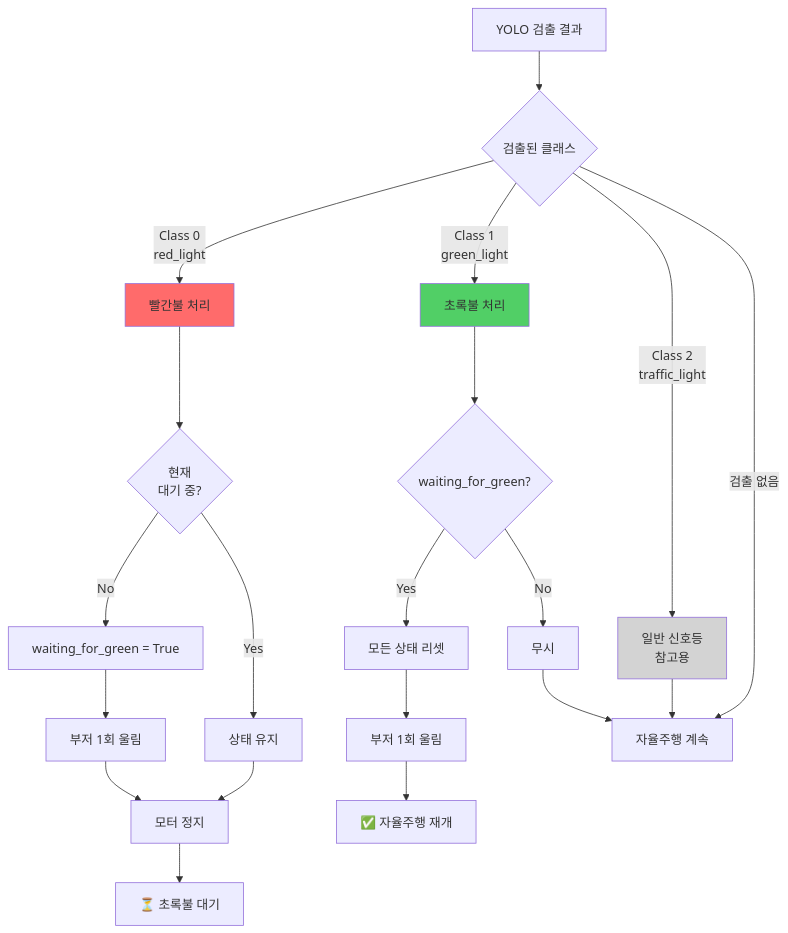
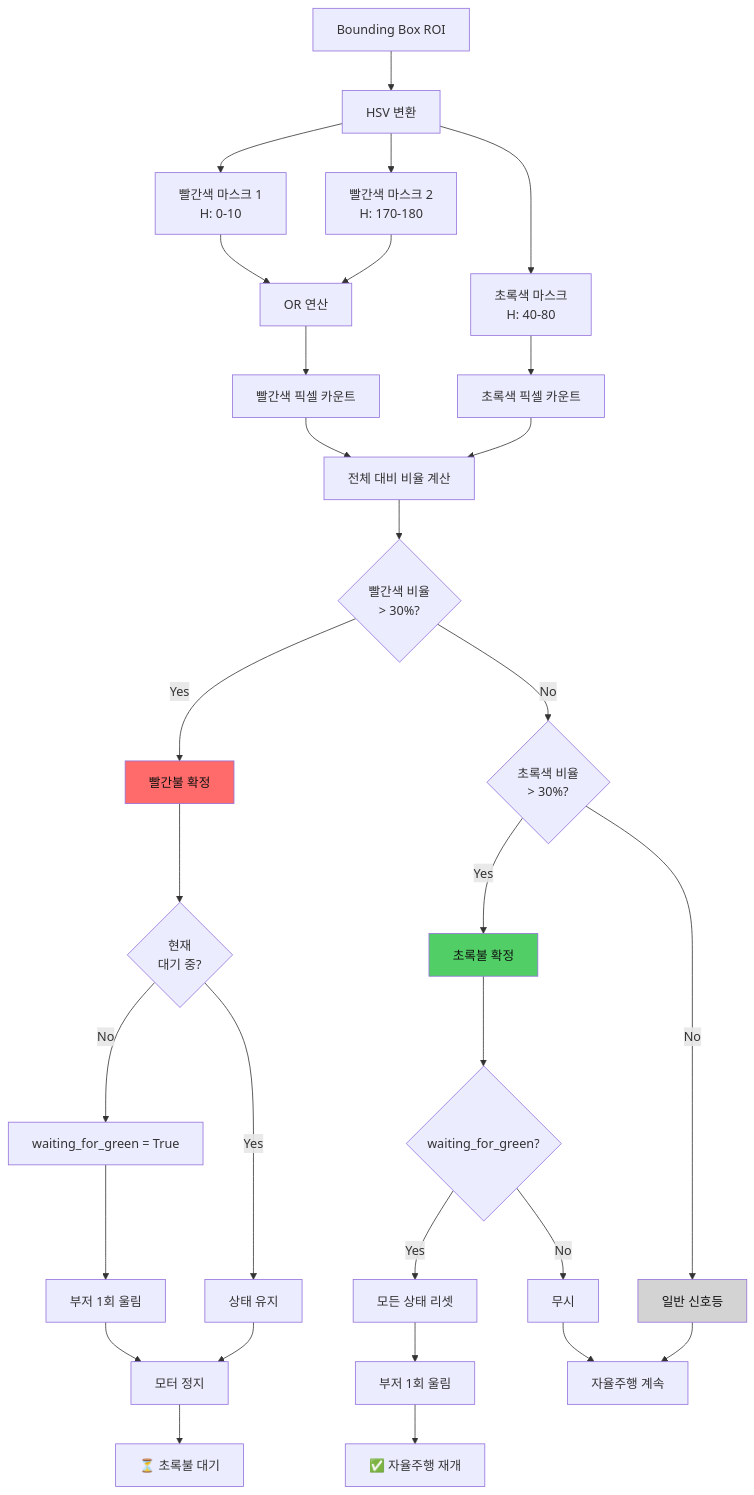
One commit to Collegenie-X/Raspbot-v2-self-driving-car changed the fifth of 44 diagrams in 06_final_self_driving/_1단계_요구사항_분석.md. Above: the diagram before and after it, drawn with Mermaid. The commit also changed other lines of this file and 5 other files, not shown here.

````diff
--- a/06_final_self_driving/_1단계_요구사항_분석.md
+++ b/06_final_self_driving/_1단계_요구사항_분석.md
@@ -222,30 +225,45 @@
 ```mermaid
 flowchart TD
-    A[YOLO 검출 결과] --> B{검출된 클래스}
+    A[Bounding Box ROI] --> B[HSV 변환]
     
-    B -->|Class 0<br/>red_light| C[빨간불 처리]
-    B -->|Class 1<br/>green_light| D[초록불 처리]
-    B -->|Class 2<br/>traffic_light| E[일반 신호등<br/>참고용]
-    B -->|검출 없음| F[자율주행 계속]
+    B --> C[빨간색 마스크 1<br/>H: 0-10]
+    B --> D[빨간색 마스크 2<br/>H: 170-180]
+    B --> E[초록색 마스크<br/>H: 40-80]
     
-    C --> C1{현재<br/>대기 중?}
-    C1 -->|No| C2[waiting_for_green = True]
-    C1 -->|Yes| C3[상태 유지]
-    C2 --> C4[부저 1회 울림]
-    C4 --> C5[모터 정지]
-    C3 --> C5
-    C5 --> C6[⏳ 초록불 대기]
+    C --> F[OR 연산]
+    D --> F
+    F --> G[빨간색 픽셀 카운트]
     
-    D --> D1{waiting_for_green?}
-    D1 -->|Yes| D2[모든 상태 리셋]
-    D1 -->|No| D3[무시]
-    D2 --> D4[부저 1회 울림]
-    D4 --> D5[✅ 자율주행 재개]
+    E --> H[초록색 픽셀 카운트]
     
-    E --> F
-    D3 --> F
+    G --> I[전체 대비 비율 계산]
+    H --> I
     
-    style C fill:#ff6b6b
-    style D fill:#51cf66
-    style E fill:#d3d3d3
+    I --> J{빨간색 비율<br/>> 30%?}
+    J -->|Yes| K[빨간불 확정]
+    J -->|No| L{초록색 비율<br/>> 30%?}
+    
+    L -->|Yes| M[초록불 확정]
+    L -->|No| N[일반 신호등]
+    
+    K --> K1{현재<br/>대기 중?}
+    K1 -->|No| K2[waiting_for_green = True]
+    K1 -->|Yes| K3[상태 유지]
+    K2 --> K4[부저 1회 울림]
+    K4 --> K5[모터 정지]
+    K3 --> K5
+    K5 --> K6[⏳ 초록불 대기]
+    
+    M --> M1{waiting_for_green?}
+    M1 -->|Yes| M2[모든 상태 리셋]
+    M1 -->|No| M3[무시]
+    M2 --> M4[부저 1회 울림]
+    M4 --> M5[✅ 자율주행 재개]
+    
+    N --> O[자율주행 계속]
+    M3 --> O
+    
+    style K fill:#ff6b6b,color:#111
+    style M fill:#51cf66,color:#111
+    style N fill:#d3d3d3,color:#111
 ```
````
